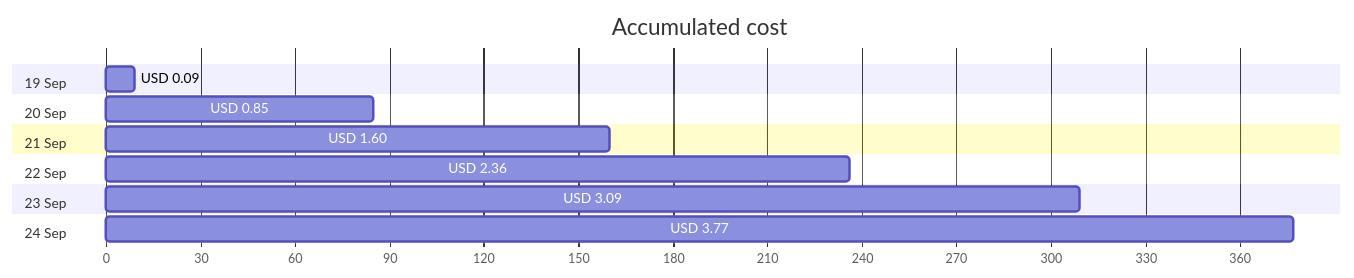
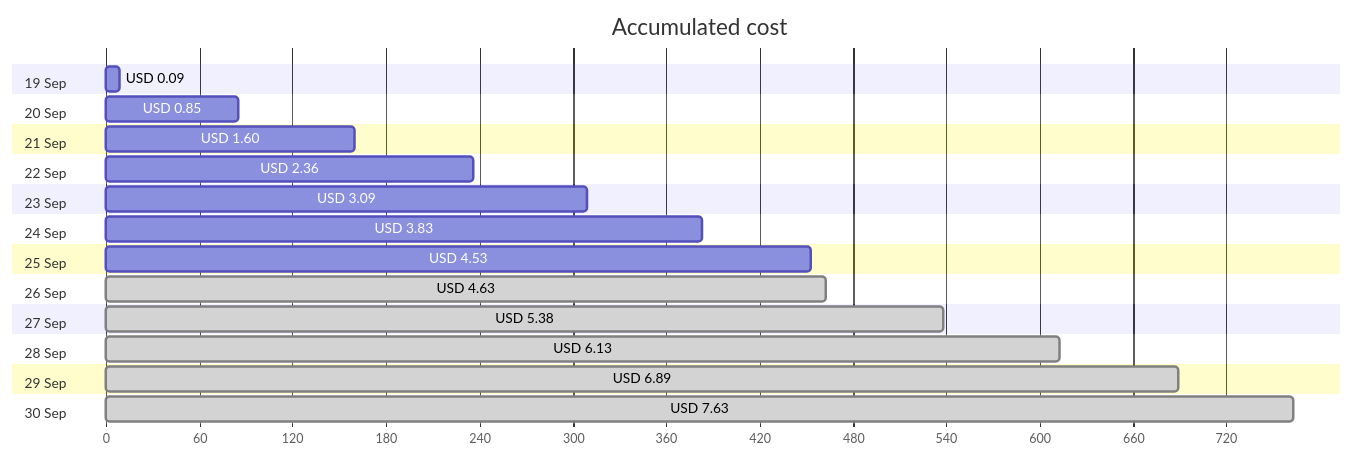
Before and after one commit to jpfulton/azure-personal-reports: the first of 4 diagrams in cost-reports/personal-network/backup-server-data-disk.md, drawn with Mermaid. The commit also changed other lines of this file and 9 other files, not shown here.

````diff
--- a/cost-reports/personal-network/backup-server-data-disk.md
+++ b/cost-reports/personal-network/backup-server-data-disk.md
@@ -20,18 +20,30 @@
 ```mermaid
 gantt
    title Accumulated cost
    dateFormat  X
    axisFormat %s
    section 19 Sep
    USD 0.09 :0, 9
    section 20 Sep
    USD 0.85 :0, 85
    section 21 Sep
    USD 1.60 :0, 160
    section 22 Sep
    USD 2.36 :0, 236
    section 23 Sep
    USD 3.09 :0, 309
    section 24 Sep
-   USD 3.77 :0, 377
+   USD 3.83 :0, 383
+   section 25 Sep
+   USD 4.53 :0, 453
+   section 26 Sep
+   USD 4.63 : done, 0, 463
+   section 27 Sep
+   USD 5.38 : done, 0, 538
+   section 28 Sep
+   USD 6.13 : done, 0, 613
+   section 29 Sep
+   USD 6.89 : done, 0, 689
+   section 30 Sep
+   USD 7.63 : done, 0, 763
 ```
````
